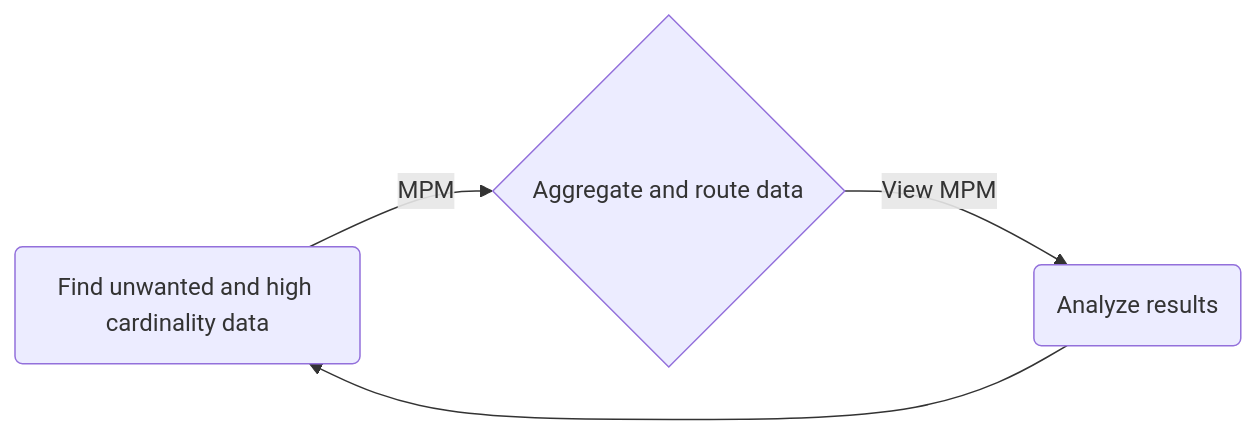
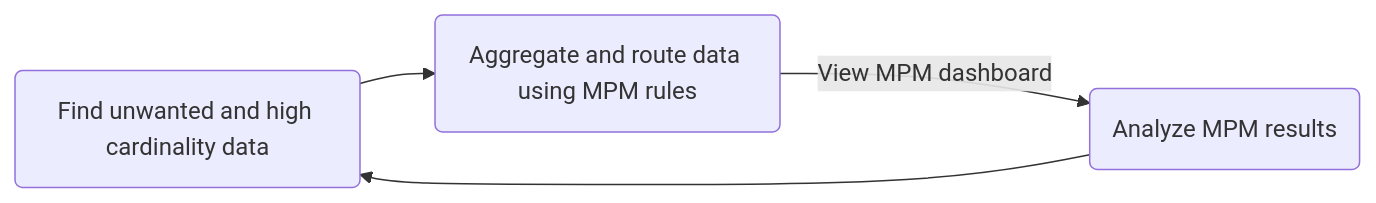
Before and after one commit to splunk/public-o11y-docs: the first of 3 diagrams in infrastructure/metrics-pipeline/metrics-pipeline-intro.rst, drawn with Mermaid. The commit also changed other lines of this file, not shown here.

First line of the commit message:
DOCS-5227: Update intro flowchart

```diff
--- a/infrastructure/metrics-pipeline/metrics-pipeline-intro.rst
+++ b/infrastructure/metrics-pipeline/metrics-pipeline-intro.rst
@@ -45,4 +45,4 @@
 .. mermaid::
 
    flowchart LR
-       A(Find unwanted and high cardinality data) -- MPM -->B{Aggregate and route data} -- View MPM --> C(Analyze results) -->A
+       A(Find unwanted and high cardinality data) -->B(Aggregate and route data using MPM rules) -- View MPM dashboard --> C(Analyze MPM results) -->A
```
